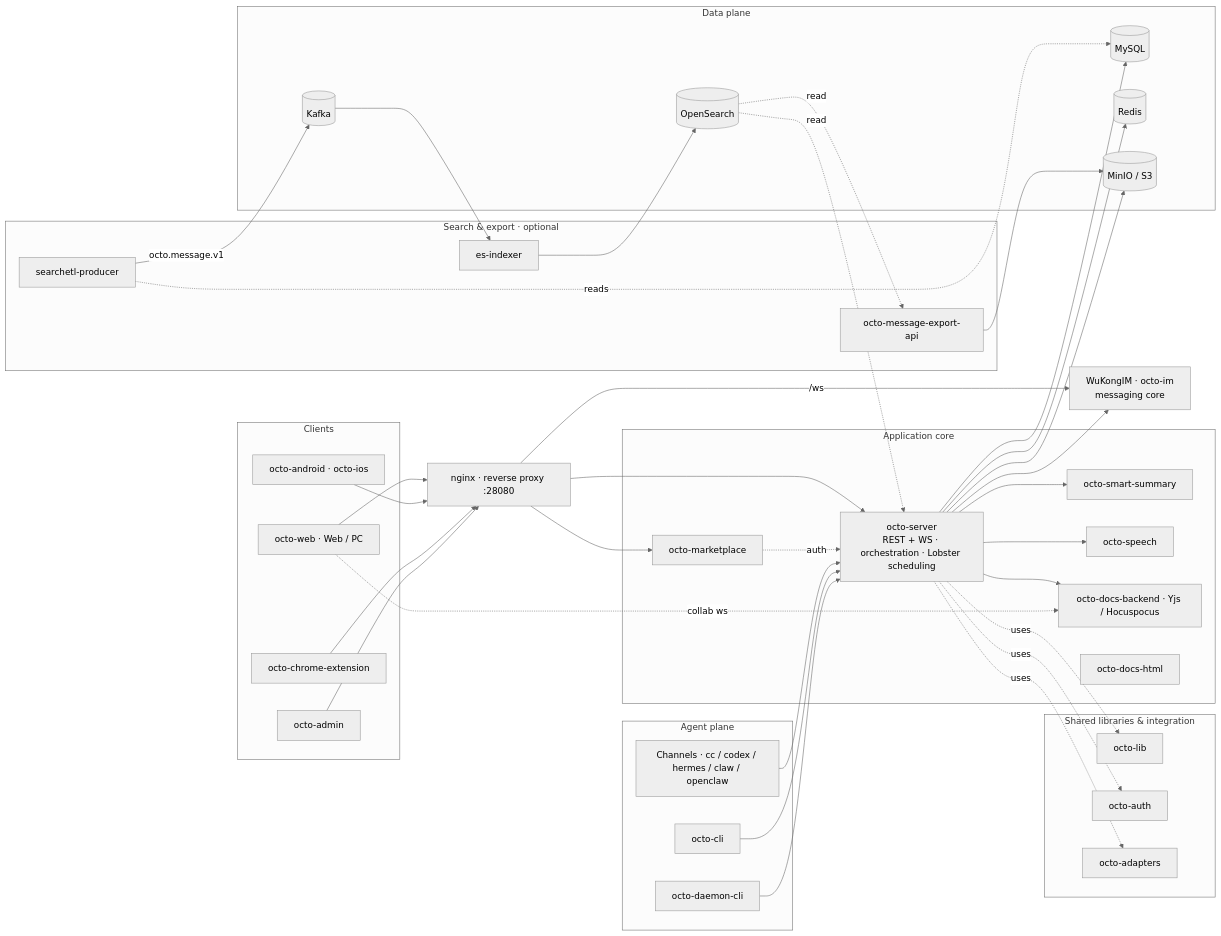
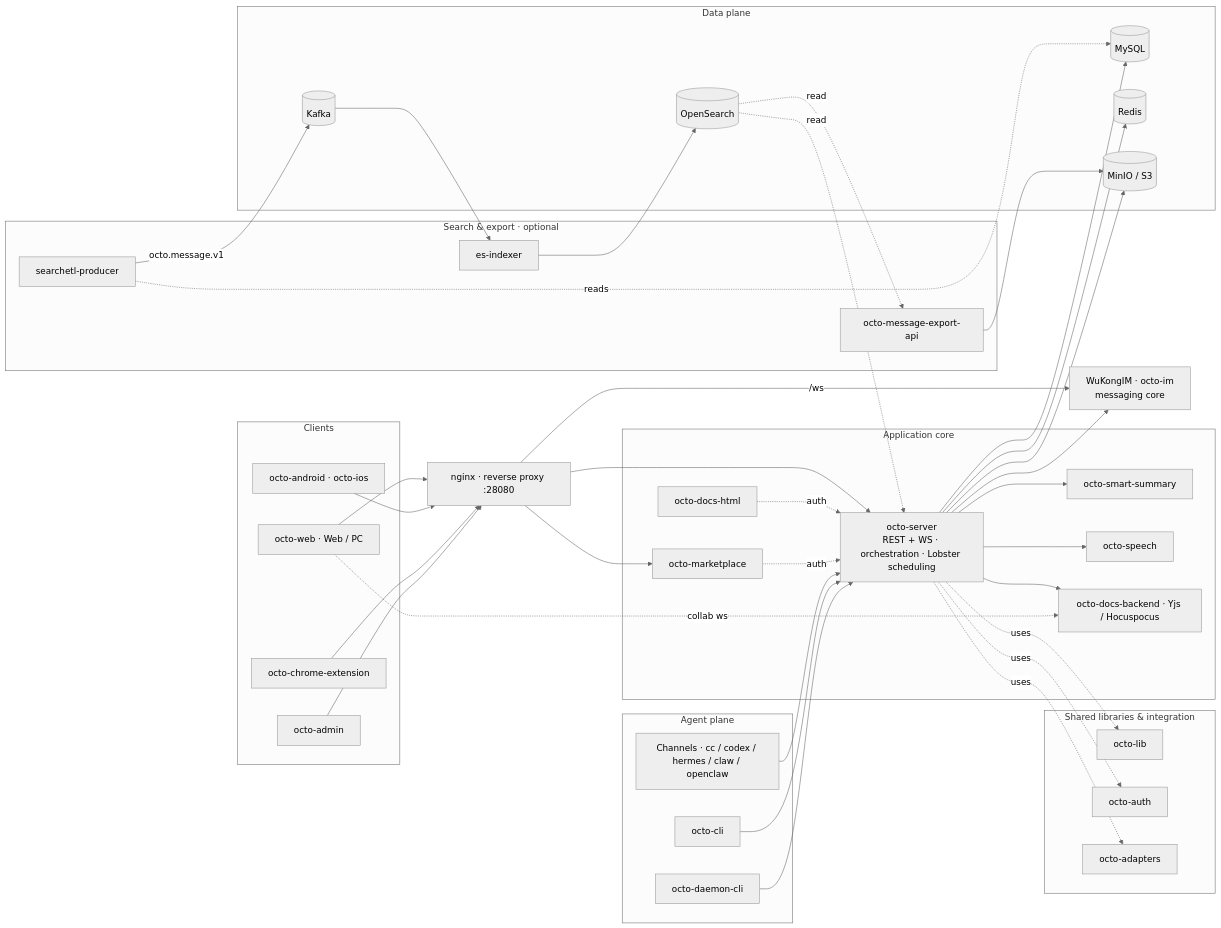
The diagram in concepts/architecture-overview.mdx (Mininglamp-OSS/octo-docs), drawn with Mermaid (neutral theme) before and after one commit. The commit also changed 3 other files, not shown here.

````diff
--- a/concepts/architecture-overview.mdx
+++ b/concepts/architecture-overview.mdx
@@ -17,78 +17,79 @@
 ```mermaid
 graph LR
   subgraph clients["Clients"]
     web["octo-web · Web / PC"]
     mob["octo-android · octo-ios"]
     ext["octo-chrome-extension"]
     adm["octo-admin"]
   end
 
   nginx["nginx · reverse proxy :28080"]
 
   subgraph core["Application core"]
     server["octo-server<br/>REST + WS · orchestration · Lobster scheduling"]
     summary["octo-smart-summary"]
     speech["octo-speech"]
     market["octo-marketplace"]
     dbe["octo-docs-backend · Yjs / Hocuspocus"]
     dhtml["octo-docs-html"]
   end
 
   im["WuKongIM · octo-im<br/>messaging core"]
 
   subgraph agents["Agent plane"]
     chan["Channels · cc / codex / hermes / claw / openclaw"]
     cli["octo-cli"]
     daemon["octo-daemon-cli"]
   end
 
   subgraph pipe["Search & export · optional"]
     prod["searchetl-producer"]
     esi["es-indexer"]
     exp["octo-message-export-api"]
   end
 
   subgraph data["Data plane"]
     my[("MySQL")]
     rd[("Redis")]
     obj[("MinIO / S3")]
     kf[("Kafka")]
     osx[("OpenSearch")]
   end
 
   subgraph shared["Shared libraries & integration"]
     lib["octo-lib"]
     auth["octo-auth"]
     adp["octo-adapters"]
   end
 
   web --> nginx
   mob --> nginx
   ext --> nginx
   adm --> nginx
   nginx --> server
   nginx --> market
   nginx -->|/ws| im
   server --> im
   server --> summary
   server --> speech
   server --> dbe
+  dhtml -. auth .-> server
   market -. auth .-> server
   web -. collab ws .-> dbe
   server --> my
   server --> rd
   server --> obj
   chan --> server
   cli --> server
   daemon --> server
   prod -. reads .-> my
   prod -->|octo.message.v1| kf
   kf --> esi
   esi --> osx
   osx -. read .-> server
   osx -. read .-> exp
   exp --> obj
   server -. uses .-> lib
   server -. uses .-> auth
   server -. uses .-> adp
 ```
````
